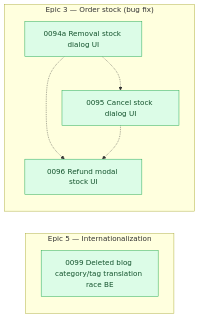
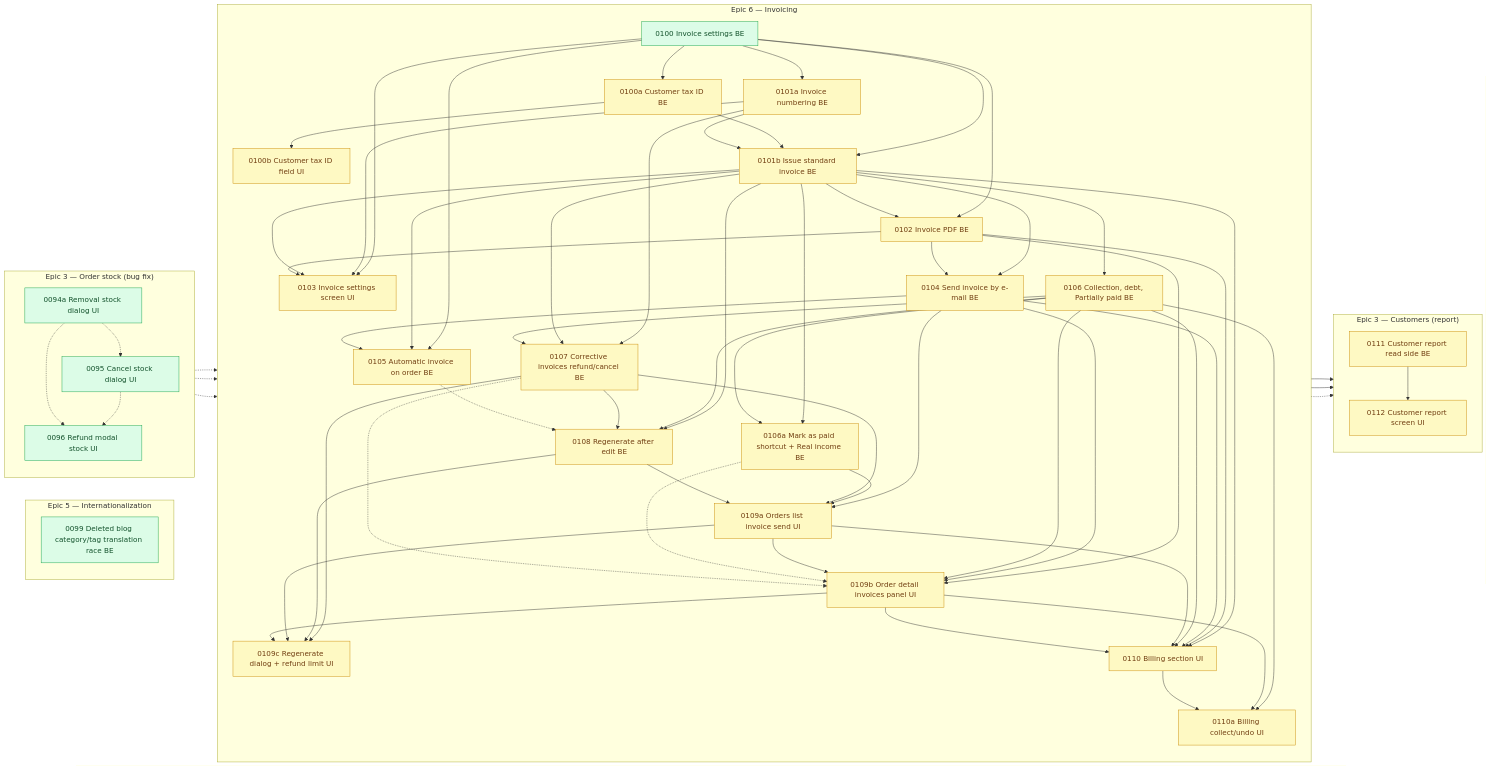
The diagram in arospe/ai-spec/tasks-map.md (shojen/AI4Devs-finalproject), drawn with Mermaid before and after one commit. The commit also changed other lines of this file and 21 other files, not shown here.

First line of the commit message:
docs(tasks): add the invoicing and customer report stories 0100-0112

````diff
--- a/arospe/ai-spec/tasks-map.md
+++ b/arospe/ai-spec/tasks-map.md
@@ -729,4 +751,92 @@
     %% (P0079 closed to done/ 2026-11-12; P0087 -.-> P0079 dropped, no node is `claimed`.)
     %% (P0075 closed to done/ 2026-10-27; P0073 closed to done/ 2026-10-08; no node remains `claimed`.)
     %% (P0071 --> P0073/P0075/P0079 dropped: 0071 closed to done/ 2026-10-07.)
+    subgraph PEND_INVOICING["Epic 6 — Invoicing"]
+        direction TB
+        P0100["0100 Invoice settings BE"]
+        P0100a["0100a Customer tax ID BE"]
+        P0100b["0100b Customer tax ID field UI"]
+        P0101a["0101a Invoice numbering BE"]
+        P0101b["0101b Issue standard invoice BE"]
+        P0102["0102 Invoice PDF BE"]
+        P0103["0103 Invoice settings screen UI"]
+        P0104["0104 Send invoice by e-mail BE"]
+        P0105["0105 Automatic invoice on order BE"]
+        P0106["0106 Collection, debt, Partially paid BE"]
+        P0106a["0106a Mark as paid shortcut + Real income BE"]
+        P0107["0107 Corrective invoices refund/cancel BE"]
+        P0108["0108 Regenerate after edit BE"]
+        P0109a["0109a Orders list invoice send UI"]
+        P0109b["0109b Order detail invoices panel UI"]
+        P0109c["0109c Regenerate dialog + refund limit UI"]
+        P0110["0110 Billing section UI"]
+        P0110a["0110a Billing collect/undo UI"]
+    end
+    subgraph PEND_REPORT["Epic 3 — Customers (report)"]
+        direction TB
+        P0111["0111 Customer report read side BE"]
+        P0112["0112 Customer report screen UI"]
+    end
+    %% Edges quoted from each task file (2026-11-15). Solid = hard dependency.
+    P0100 --> P0100a
+    P0100a --> P0100b
+    P0100 --> P0101a
+    P0100 --> P0101b
+    P0100a --> P0101b
+    P0101a --> P0101b
+    P0100 --> P0102
+    P0101b --> P0102
+    P0100 --> P0103
+    P0101a --> P0103
+    P0101b --> P0103
+    P0102 --> P0103
+    P0101b --> P0104
+    P0102 --> P0104
+    P0100 --> P0105
+    P0101b --> P0105
+    P0104 --> P0105
+    P0101b --> P0106
+    P0101b --> P0106a
+    P0106 --> P0106a
+    P0101a --> P0107
+    P0101b --> P0107
+    P0106 --> P0107
+    P0101b --> P0108
+    P0106 --> P0108
+    P0107 --> P0108
+    P0104 --> P0109a
+    P0106a --> P0109a
+    P0107 --> P0109a
+    P0108 --> P0109a
+    P0102 --> P0109b
+    P0104 --> P0109b
+    P0106 --> P0109b
+    P0109a --> P0109b
+    P0107 --> P0109c
+    P0108 --> P0109c
+    P0109a --> P0109c
+    P0109b --> P0109c
+    P0101b --> P0110
+    P0102 --> P0110
+    P0104 --> P0110
+    P0106 --> P0110
+    P0109a --> P0110
+    P0109b --> P0110
+    P0106 --> P0110a
+    P0109b --> P0110a
+    P0110 --> P0110a
+    P0106 --> P0111
+    P0106 --> P0112
+    P0111 --> P0112
+    %% Dashed = related, not blocking: 0108 closes 0105's stale-totals limitation; 0111 agrees with 0106a's Real income; 0109b sits next to 0106a's payment line and shows 0107's cancel rules.
+    P0105 -.-> P0108
+    P0106a -.-> P0111
+    P0106a -.-> P0109b
+    P0107 -.-> P0109b
+    %% Shared-file risk with the stock dialogs (no dependency): see the update note at the top.
+    P0096 -.-> P0106a
+    P0096 -.-> P0109b
+    P0096 -.-> P0109c
+    class P0100 ready;
+    class P0100a,P0100b,P0101a,P0101b,P0102,P0103,P0104,P0105,P0106,P0106a,P0107,P0108,P0109a,P0109b,P0109c,P0110,P0110a,P0111,P0112 pending;
 ```
````
